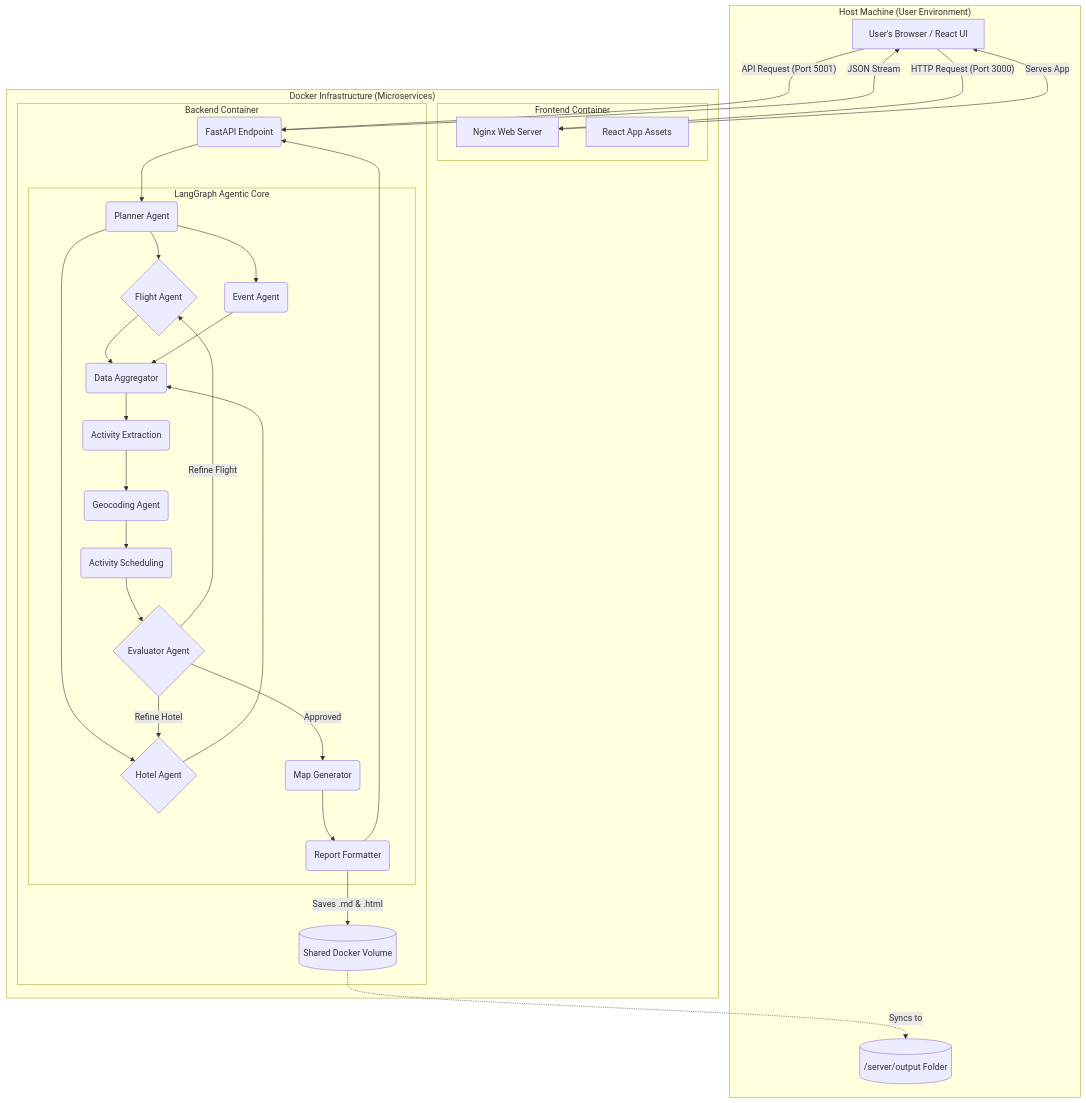
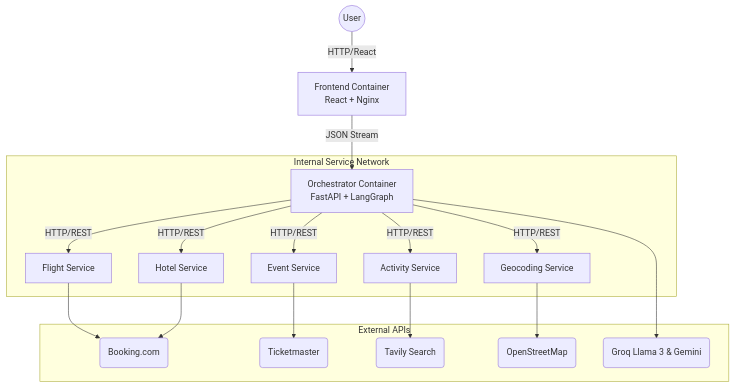
One commit to berkyalkn/AI-travel-agent changed the diagram in README.md. Above: the diagram before and after it, drawn with Mermaid. The commit also changed other lines of this file, not shown here.

Commit message:
docs(readme): update architecture section to reflect full microservices

````diff
--- a/README.md
+++ b/README.md
@@ -74,59 +63,22 @@
 ```mermaid
 graph TD
-    subgraph "Host Machine (User Environment)"
-        Browser[User's Browser / React UI]
-        LocalDisk[("/server/output Folder")]
+    User((User)) -->|HTTP/React| Frontend[Frontend Container<br>React + Nginx]
+    Frontend -->|JSON Stream| Orch[Orchestrator Container<br>FastAPI + LangGraph]
+    
+    subgraph "Internal Service Network"
+        Orch -->|HTTP/REST| Flight[Flight Service]
+        Orch -->|HTTP/REST| Hotel[Hotel Service]
+        Orch -->|HTTP/REST| Event[Event Service]
+        Orch -->|HTTP/REST| Activity[Activity Service]
+        Orch -->|HTTP/REST| Geo[Geocoding Service]
     end
-
-    subgraph "Docker Infrastructure (Microservices)"
-        
-        subgraph "Frontend Container"
-            Nginx[Nginx Web Server]
-            ReactApp[React App Assets]
-        end
-
-        subgraph "Backend Container"
-            API(FastAPI Endpoint)
-            
-            subgraph "LangGraph Agentic Core"
-                Planner(Planner Agent)
-                Flight{Flight Agent}
-                Hotel{Hotel Agent}
-                Event(Event Agent)
-                Agg(Data Aggregator)
-                
-                Extraction(Activity Extraction)
-                Geo(Geocoding Agent)
-                Schedule(Activity Scheduling)
-                
-                Evaluator{Evaluator Agent}
-                Map(Map Generator)
-                Report(Report Formatter)
-            end
-            
-            Volume[(Shared Docker Volume)]
-        end
+    
+    subgraph "External APIs"
+        Flight --> BookingAPI(Booking.com)
+        Hotel --> BookingAPI
+        Event --> TM(Ticketmaster)
+        Activity --> Tavily(Tavily Search)
+        Geo --> OSM(OpenStreetMap)
+        Orch --> LLM(Groq Llama 3 & Gemini)
     end
-
-    %% Flow Connections
-    Browser -- "HTTP Request (Port 3000)" --> Nginx
-    Nginx -- "Serves App" --> Browser
-    Browser -- "API Request (Port 5001)" --> API
-    
-    API --> Planner
-    Planner --> Flight & Hotel & Event
-    Flight & Hotel & Event --> Agg
-    Agg --> Extraction --> Geo --> Schedule --> Evaluator
-    
-    Evaluator -->|Refine Hotel| Hotel
-    Evaluator -->|Refine Flight| Flight
-    Evaluator -->|Approved| Map
-    
-    Map --> Report
-    Report -- "Saves .md & .html" --> Volume
-    Volume -.->|Syncs to| LocalDisk
-    
-    Report --> API
-    API -- "JSON Stream" --> Browser
-    
  ```
````
